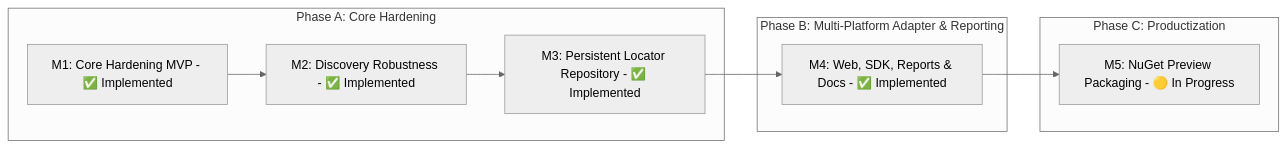
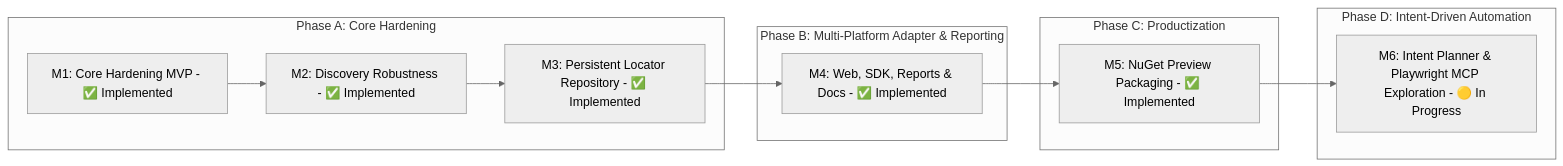
One commit to mustafasercansak/automation-sandbox changed the third of 6 diagrams in PROJECT_SHOWCASE.md. Above: the diagram before and after it, drawn with Mermaid (neutral theme). The commit also changed other lines of this file and 47 other files, not shown here.

Commit message:
feat: introduce intent-driven automation (M6)

````diff
--- a/PROJECT_SHOWCASE.md
+++ b/PROJECT_SHOWCASE.md
@@ -186,16 +186,19 @@
 ```mermaid
 graph LR
     subgraph PhaseA [Phase A: Core Hardening]
         M1[M1: Core Hardening MVP - ✅ Implemented]
         M2[M2: Discovery Robustness - ✅ Implemented]
         M3[M3: Persistent Locator Repository - ✅ Implemented]
         M1 --> M2 --> M3
     end
     subgraph PhaseB [Phase B: Multi-Platform Adapter & Reporting]
         M4[M4: Web, SDK, Reports & Docs - ✅ Implemented]
     end
     subgraph PhaseC [Phase C: Productization]
-        M5[M5: NuGet Preview Packaging - 🟡 In Progress]
+        M5[M5: NuGet Preview Packaging - ✅ Implemented]
     end
-    M3 --> M4 --> M5
+    subgraph PhaseD [Phase D: Intent-Driven Automation]
+        M6[M6: Intent Planner & Playwright MCP Exploration - 🟡 In Progress]
+    end
+    M3 --> M4 --> M5 --> M6
 ```
````
